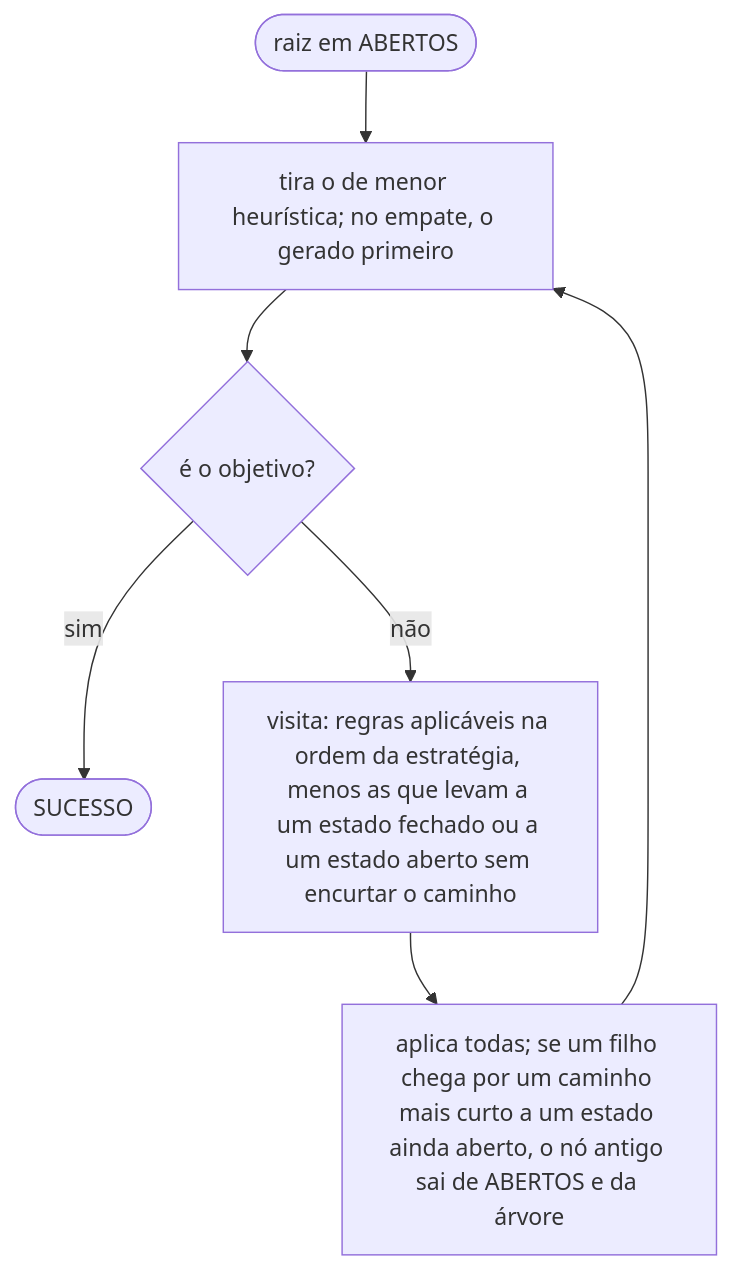
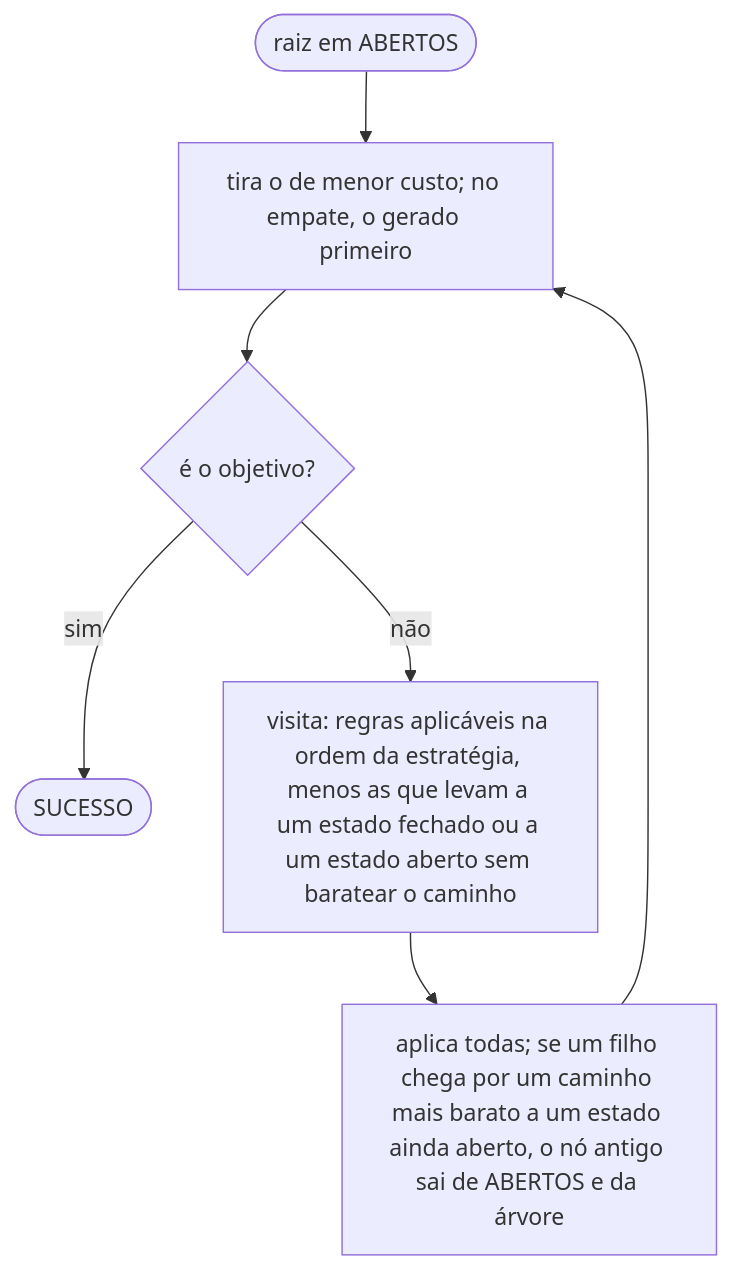
Before and after one commit to CharlesLB/dcc-014-trabalho-1: the fourth of 5 diagrams in README.md, drawn with Mermaid. The commit also changed other lines of this file and 54 other files, not shown here.

````diff
--- a/README.md
+++ b/README.md
@@ -195,9 +188,9 @@
 ```mermaid
 flowchart TD
-    A([raiz em ABERTOS]) --> B[tira o de menor heurística; no empate, o gerado primeiro]
+    A([raiz em ABERTOS]) --> B[tira o de menor custo; no empate, o gerado primeiro]
     B --> C{é o objetivo?}
     C -- sim --> S([SUCESSO])
-    C -- não --> V[visita: regras aplicáveis na ordem da estratégia, menos as que levam a um estado fechado ou a um estado aberto sem encurtar o caminho]
-    V --> E[aplica todas; se um filho chega por um caminho mais curto a um estado ainda aberto, o nó antigo sai de ABERTOS e da árvore]
+    C -- não --> V[visita: regras aplicáveis na ordem da estratégia, menos as que levam a um estado fechado ou a um estado aberto sem baratear o caminho]
+    V --> E[aplica todas; se um filho chega por um caminho mais barato a um estado ainda aberto, o nó antigo sai de ABERTOS e da árvore]
     E --> B
 ```
````
